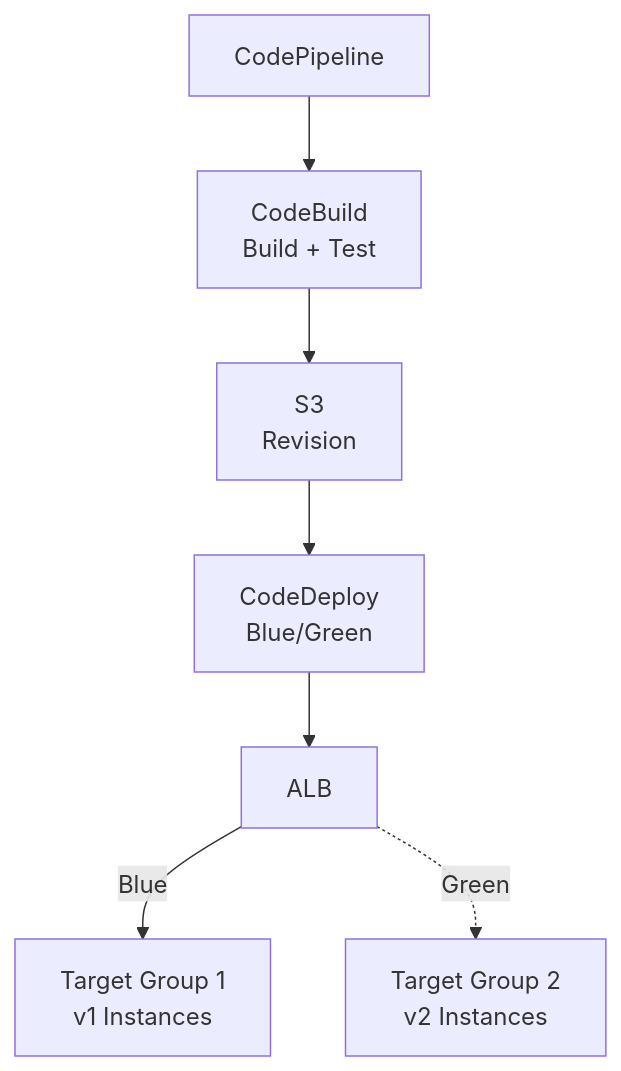
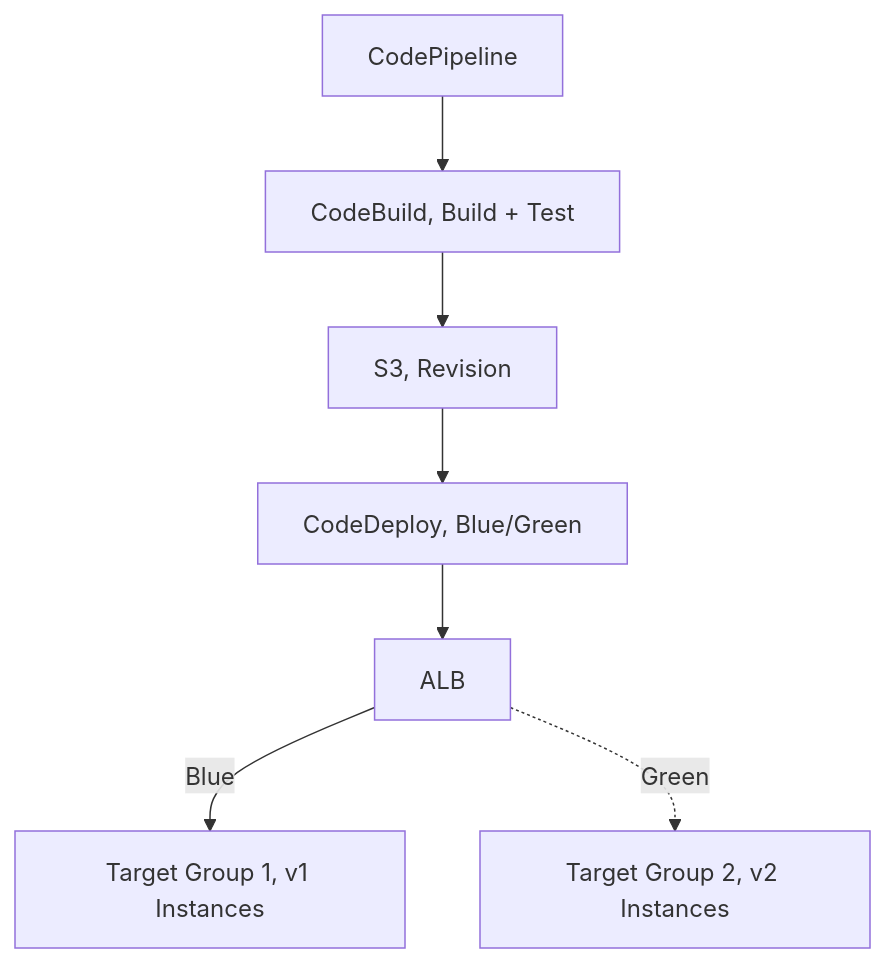
Before and after one commit to DeeptiShuklaProject/Uday_AWS: the third of 4 diagrams in Chapter_42_AWS_CodeDeploy.md, drawn with Mermaid. The commit also changed other lines of this file and 34 other files, not shown here.

Commit message:
Fix mermaid diagrams syntax across all chapters (quote labels and remove HTML)

````diff
--- a/Chapter_42_AWS_CodeDeploy.md
+++ b/Chapter_42_AWS_CodeDeploy.md
@@ -495,9 +495,9 @@
 ```mermaid
 flowchart TD
-    Pipeline[CodePipeline] --> Build[CodeBuild<br>Build + Test]
-    Build --> S3[S3<br>Revision]
-    S3 --> Deploy[CodeDeploy<br>Blue/Green]
+    Pipeline[CodePipeline] --> Build["CodeBuild, Build + Test"]
+    Build --> S3["S3, Revision"]
+    S3 --> Deploy["CodeDeploy, Blue/Green"]
     Deploy --> ALB[ALB]
-    ALB -->|Blue| TG1[Target Group 1<br>v1 Instances]
-    ALB -.->|Green| TG2[Target Group 2<br>v2 Instances]
+    ALB -->|Blue| TG1["Target Group 1, v1 Instances"]
+    ALB -.->|Green| TG2["Target Group 2, v2 Instances"]
 ```
````
